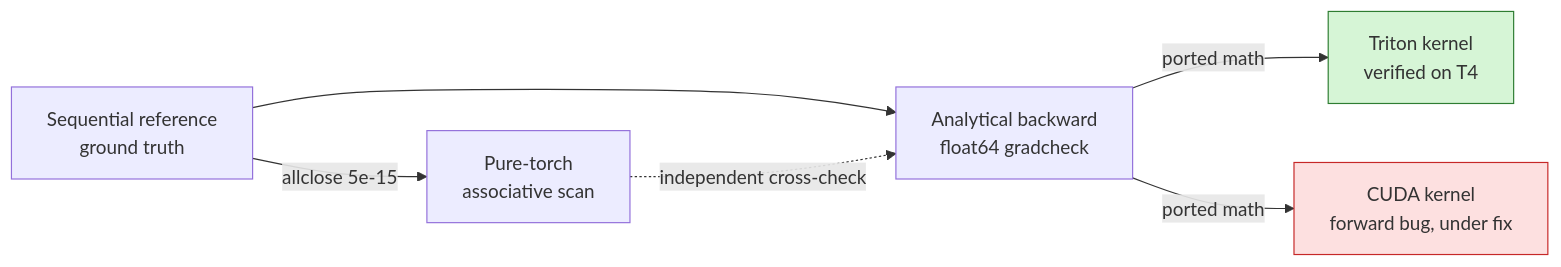
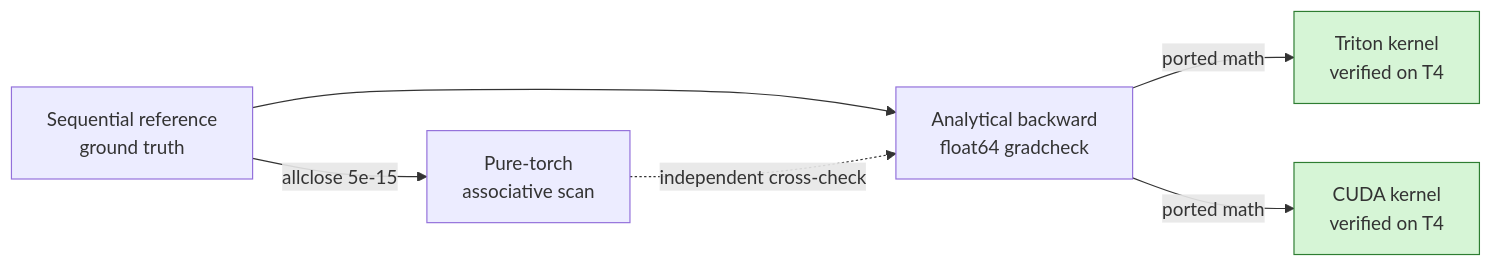
The first of 3 diagrams in README.md (HamzaImtiaz03/mamba-selective-scan), drawn with Mermaid before and after one commit. The commit also changed other lines of this file and 1 other file, not shown here.

Commit message:
CUDA kernel verified on T4 (98 passed); update README results, benchmarks, and debugging note

````diff
--- a/README.md
+++ b/README.md
@@ -119,17 +120,17 @@
 ```mermaid
 flowchart LR
     REF["Sequential reference<br/>ground truth"]
     PAR["Pure-torch<br/>associative scan"]
     BWD["Analytical backward<br/>float64 gradcheck"]
     TRI["Triton kernel<br/>verified on T4"]
-    CUDA["CUDA kernel<br/>forward bug, under fix"]
+    CUDA["CUDA kernel<br/>verified on T4"]
 
     REF -->|allclose 5e-15| PAR
     REF --> BWD
     PAR -.->|independent cross-check| BWD
     BWD -->|ported math| TRI
     BWD -->|ported math| CUDA
 
     style TRI fill:#d6f5d6,stroke:#2e7d32
-    style CUDA fill:#fde0e0,stroke:#c62828
+    style CUDA fill:#d6f5d6,stroke:#2e7d32
 ```
````
